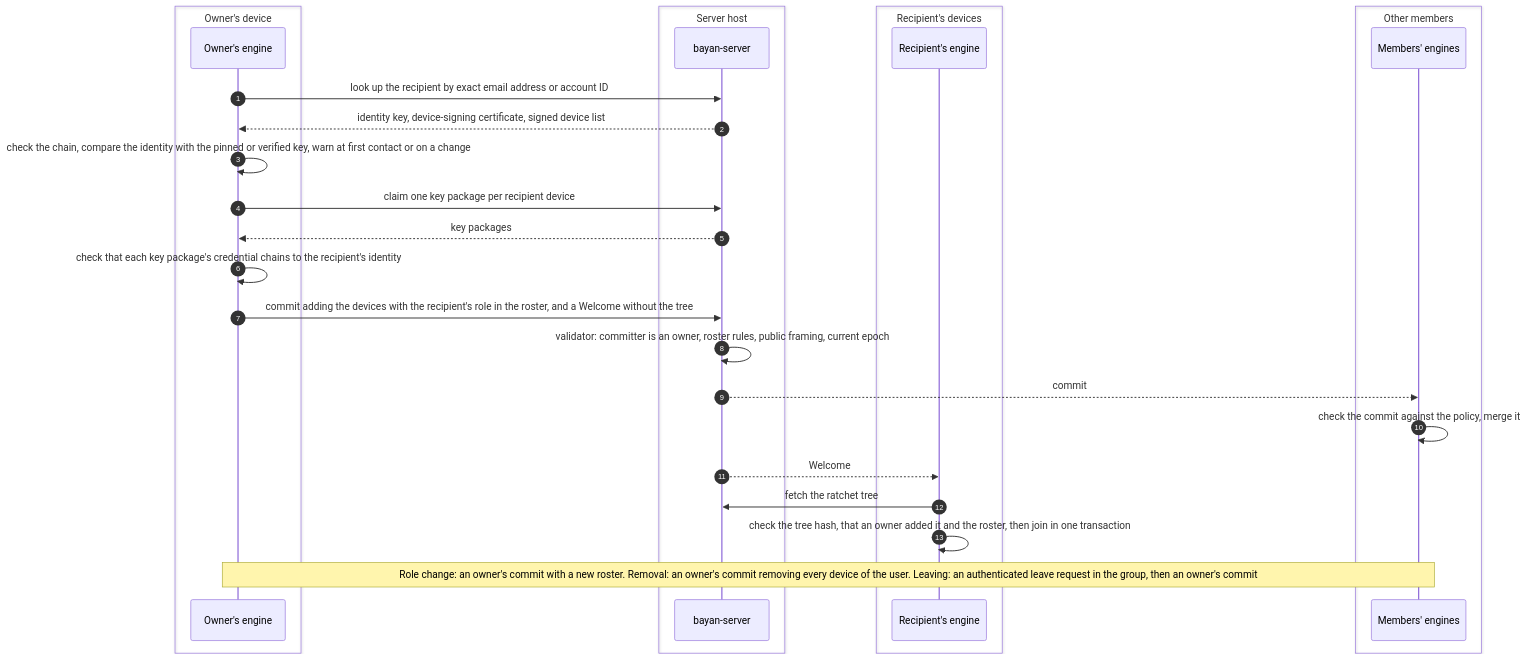
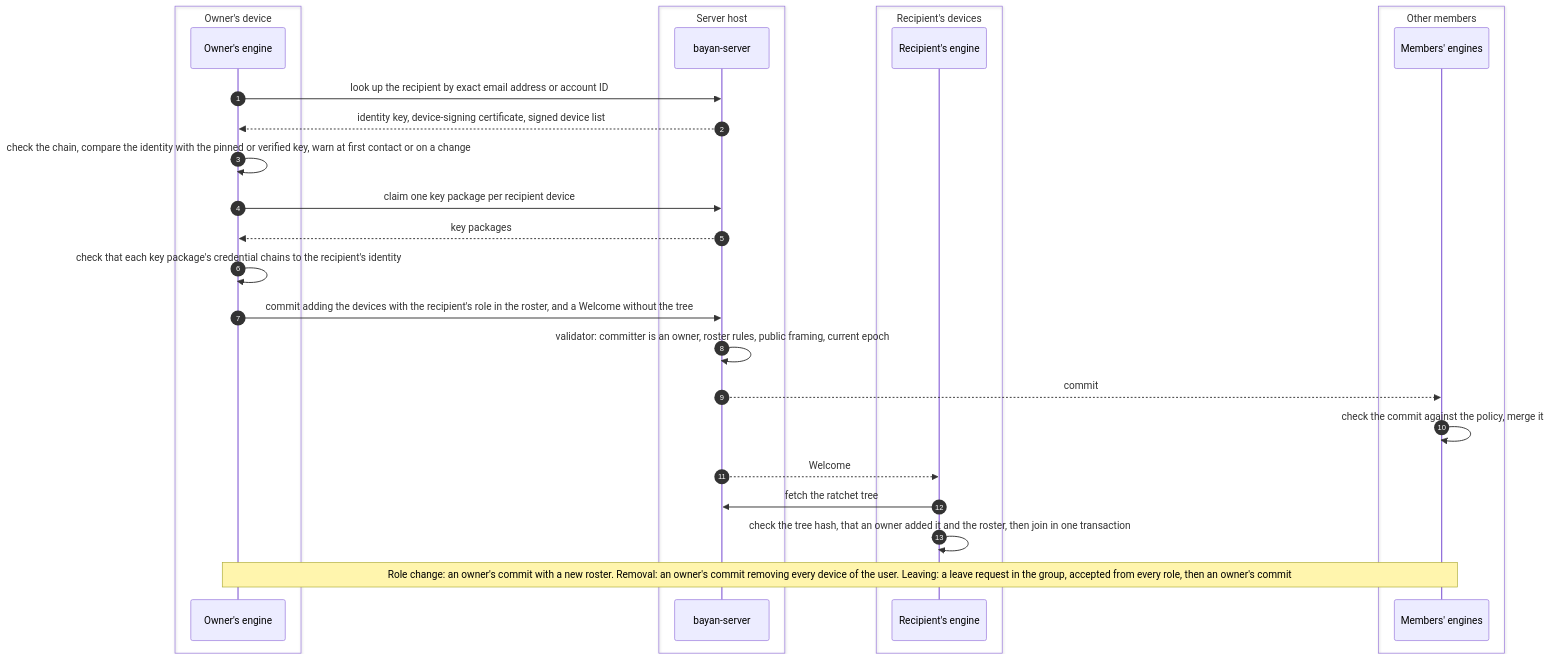
One commit to BayanDocs/docs changed the seventh of 21 diagrams in specs/threat-model.md. Above: the diagram before and after it, drawn with Mermaid. The commit also changed other lines of this file and 4 other files, not shown here.

````diff
--- a/specs/threat-model.md
+++ b/specs/threat-model.md
@@ -531,30 +531,30 @@
 ```mermaid
 sequenceDiagram
   autonumber
   box Owner's device
     participant O as Owner's engine
   end
   box Server host
     participant S as bayan-server
   end
   box Recipient's devices
     participant R as Recipient's engine
   end
   box Other members
     participant M as Members' engines
   end
   O->>S: look up the recipient by exact email address or account ID
   S-->>O: identity key, device-signing certificate, signed device list
   O->>O: check the chain, compare the identity with the pinned or verified key, warn at first contact or on a change
   O->>S: claim one key package per recipient device
   S-->>O: key packages
   O->>O: check that each key package's credential chains to the recipient's identity
   O->>S: commit adding the devices with the recipient's role in the roster, and a Welcome without the tree
   S->>S: validator: committer is an owner, roster rules, public framing, current epoch
   S-->>M: commit
   M->>M: check the commit against the policy, merge it
   S-->>R: Welcome
   R->>S: fetch the ratchet tree
   R->>R: check the tree hash, that an owner added it and the roster, then join in one transaction
-  Note over O,M: Role change: an owner's commit with a new roster. Removal: an owner's commit removing every device of the user. Leaving: an authenticated leave request in the group, then an owner's commit
+  Note over O,M: Role change: an owner's commit with a new roster. Removal: an owner's commit removing every device of the user. Leaving: a leave request in the group, accepted from every role, then an owner's commit
 ```
````
